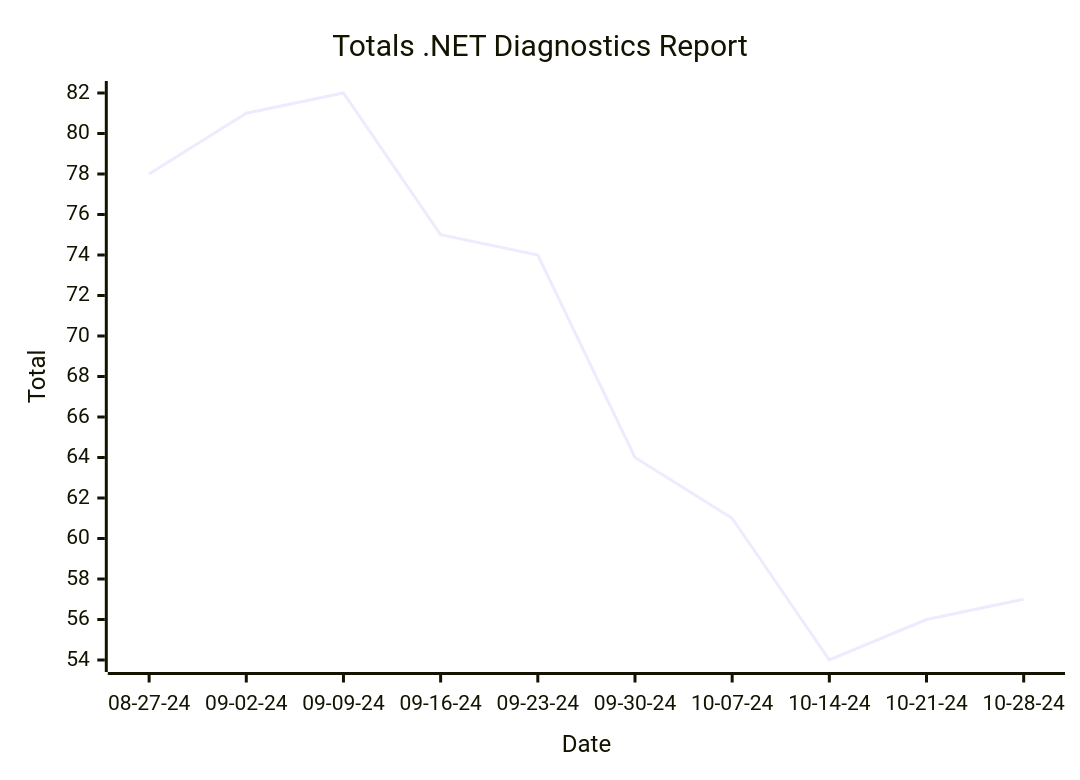
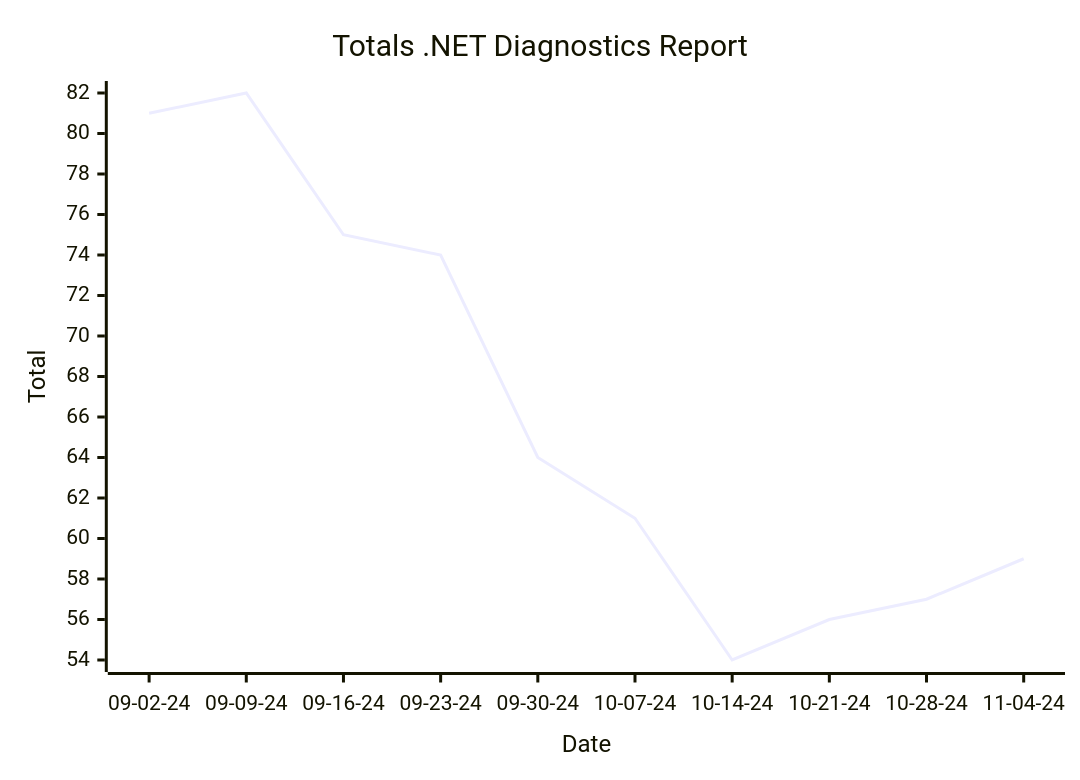
One commit to hoyosjs/gh-issue-tracker changed the first of 2 diagrams in reports/README.md. Above: the diagram before and after it, drawn with Mermaid. The commit also changed other lines of this file and 4 other files, not shown here.

````diff
--- a/reports/README.md
+++ b/reports/README.md
@@ -7,7 +7,7 @@
 ```mermaid
 xychart-beta
   title "Totals .NET Diagnostics Report"
-  x-axis "Date" ["08-27-24", "09-02-24", "09-09-24", "09-16-24", "09-23-24", "09-30-24", "10-07-24", "10-14-24", "10-21-24", "10-28-24"]
+  x-axis "Date" ["09-02-24", "09-09-24", "09-16-24", "09-23-24", "09-30-24", "10-07-24", "10-14-24", "10-21-24", "10-28-24", "11-04-24"]
   y-axis "Total"
-  line [78, 81, 82, 75, 74, 64, 61, 54, 56, 57]
+  line [81, 82, 75, 74, 64, 61, 54, 56, 57, 59]
 ```
````
